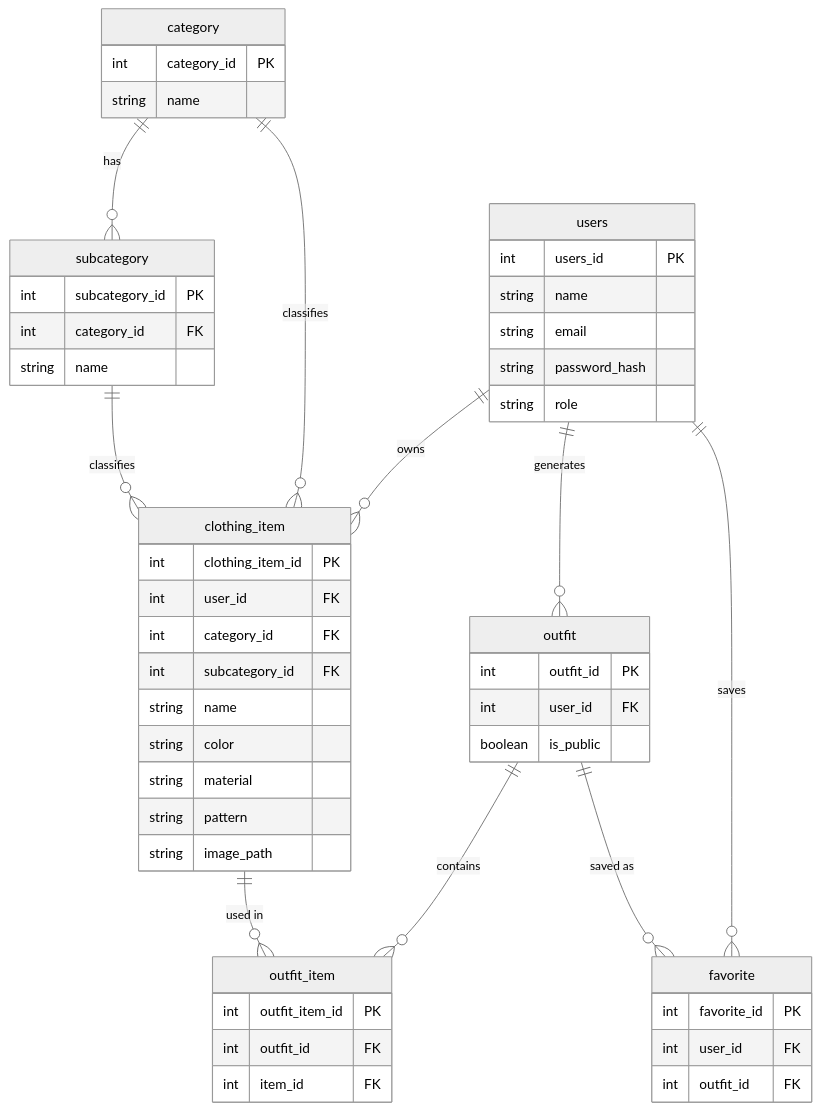
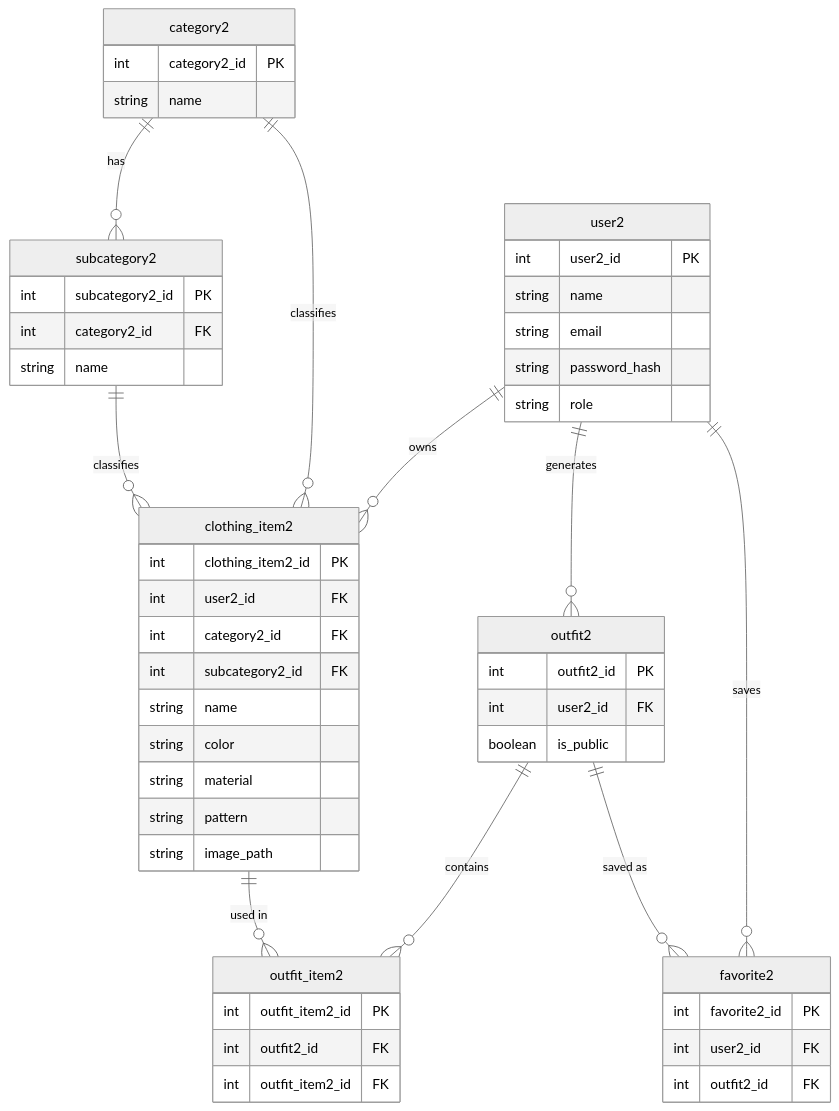
Before and after one commit to eyyy08/mini-project: the first of 2 diagrams in Project Proposal (1).md, drawn with Mermaid (neutral theme). The commit also changed other lines of this file and 5 other files, not shown here.

````diff
--- a/Project Proposal (1).md
+++ b/Project Proposal (1).md
@@ -153,55 +153,55 @@
 ```mermaid
 erDiagram
-    category ||--o{ subcategory : "has"
-    users ||--o{ clothing_item : owns
-    category ||--o{ clothing_item : classifies
-    subcategory ||--o{ clothing_item : classifies
-    users ||--o{ outfit : generates
-    outfit||--o{ outfit_item : contains
-    clothing_item ||--o{ outfit_item : "used in"
-    users ||--o{ favorite : saves
-    outfit||--o{ favorite : "saved as"
+    category2 ||--o{ subcategory2 : "has"
+    user2 ||--o{ clothing_item2 : owns
+    category2 ||--o{ clothing_item2 : classifies
+    subcategory2 ||--o{ clothing_item2: classifies
+    user2 ||--o{ outfit2 : generates
+    outfit2||--o{ outfit_item2 : contains
+    clothing_item2 ||--o{ outfit_item2 : "used in"
+    user2 ||--o{ favorite2 : saves
+    outfit2||--o{ favorite2 : "saved as"
 
-    users {
-        int users_id PK
+    user2 {
+        int user2_id PK
         string name
         string email
         string password_hash
         string role
     }
-    category {
-        int category_id PK
+    category2 {
+        int category2_id PK
         string name
     }
-    subcategory {
-        int subcategory_id PK
-        int category_id FK
+    subcategory2 {
+        int subcategory2_id PK
+        int category2_id FK
         string name
     }
-    clothing_item {
-        int clothing_item_id PK
-        int user_id FK
-        int category_id FK
-        int subcategory_id FK
+    clothing_item2 {
+        int clothing_item2_id PK
+        int user2_id FK
+        int category2_id FK
+        int subcategory2_id FK
         string name
         string color
         string material
         string pattern
         string image_path
     }
-    outfit {
-        int outfit_id PK
-        int user_id FK
+    outfit2 {
+        int outfit2_id PK
+        int user2_id FK
         boolean is_public
     }
-    outfit_item {
-        int outfit_item_id PK
-        int outfit_id FK
-        int item_id FK
+    outfit_item2 {
+        int outfit_item2_id PK
+        int outfit2_id FK
+        int outfit_item2_id FK
     }
-    favorite {
-        int favorite_id PK
-        int user_id FK
-        int outfit_id FK
+    favorite2 {
+        int favorite2_id PK
+        int user2_id FK
+        int outfit2_id FK
     }
 ```
````
